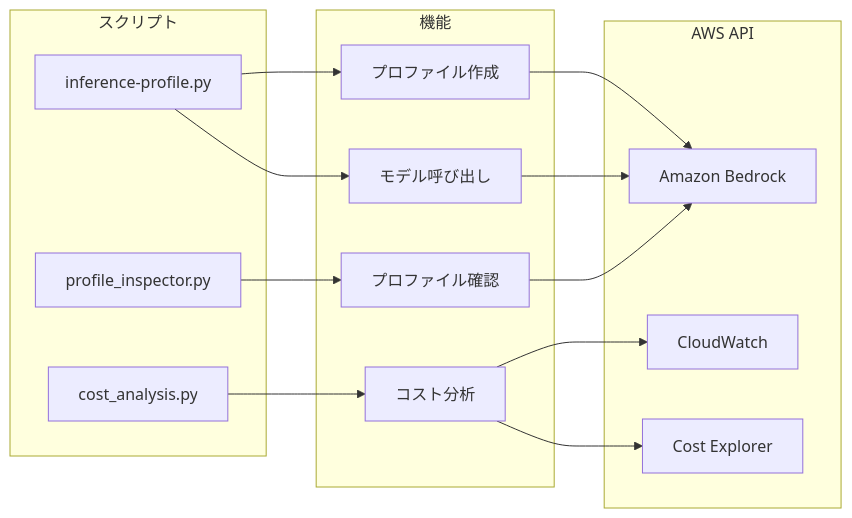
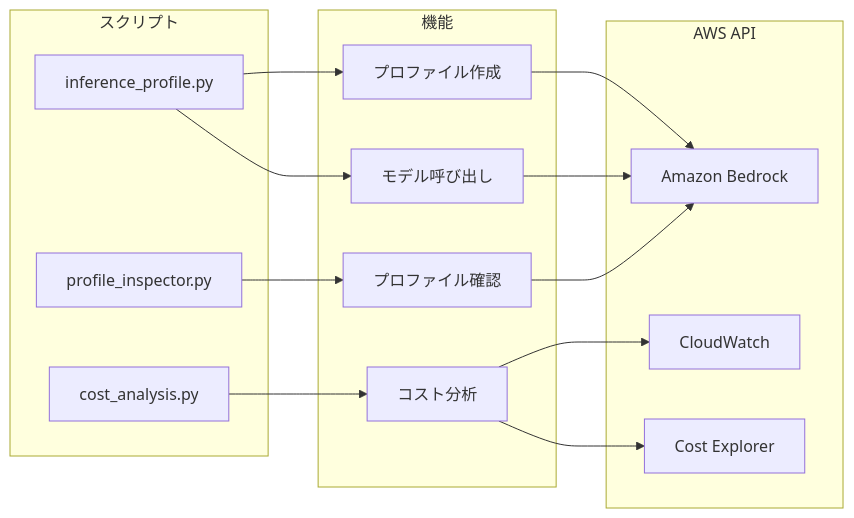
The third of 3 diagrams in machinelearning/bedrock-examples/inference-profile/README.md (littlemex/aws-samples), drawn with Mermaid before and after one commit. The commit also changed other lines of this file and 4 other files, not shown here.

Commit message:
verif inference profile

````diff
--- a/machinelearning/bedrock-examples/inference-profile/README.md
+++ b/machinelearning/bedrock-examples/inference-profile/README.md
@@ -65,23 +65,23 @@
 ```mermaid
 graph LR
     subgraph スクリプト
-        IP[inference-profile.py]
+        IP[inference_profile.py]
         PI[profile_inspector.py]
         CA[cost_analysis.py]
     end
     
     subgraph 機能
         IP --> Create[プロファイル作成]
         IP --> Invoke[モデル呼び出し]
         PI --> Inspect[プロファイル確認]
         CA --> Cost[コスト分析]
     end
     
     subgraph AWS API
         Create --> Bedrock[Amazon Bedrock]
         Invoke --> Bedrock
         Inspect --> Bedrock
         Cost --> CloudWatch
         Cost --> CostExplorer[Cost Explorer]
     end
 ```
````
